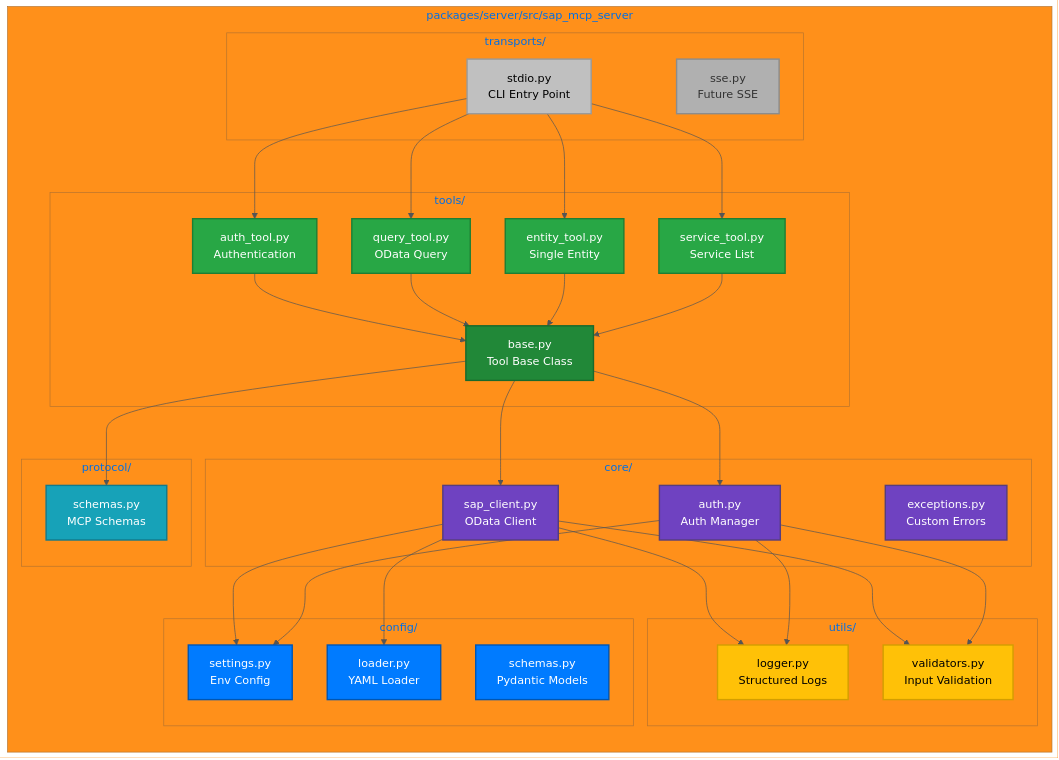
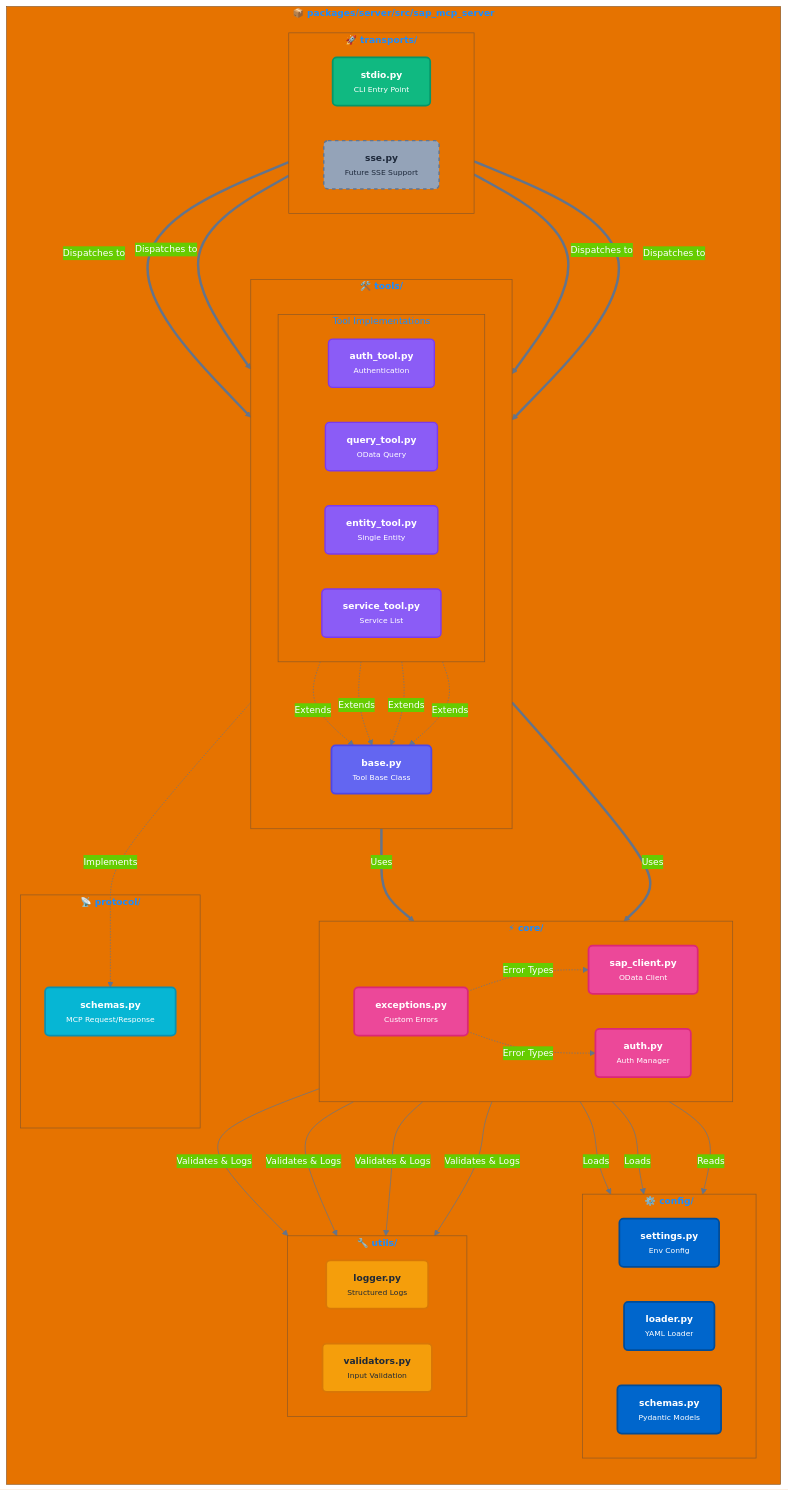
Before and after one commit to midasol/sap-mcp-server: the second of 5 diagrams in README.md, drawn with Mermaid. The commit also changed other lines of this file, not shown here.

````diff
--- a/README.md
+++ b/README.md
@@ -97,56 +103,68 @@
 ```mermaid
-%%{init: {'theme':'base', 'themeVariables': { 'primaryColor':'#007BFF','primaryTextColor':'#FFFFFF','primaryBorderColor':'#0056B3','lineColor':'#555555','secondaryColor':'#28A745'}}}%%
-graph LR
-    subgraph "packages/server/src/sap_mcp_server"
-        subgraph "transports/"
-            T1[stdio.py<br/>CLI Entry Point]:::transportNode
-            T2[sse.py<br/>Future SSE]:::futureNode
+%%{init: {'theme':'base', 'themeVariables': { 'primaryColor':'#0066CC','primaryTextColor':'#FFFFFF','primaryBorderColor':'#004C99','lineColor':'#64748B','fontSize':'13px','fontFamily':'system-ui, -apple-system, sans-serif'}}}%%
+graph TB
+    subgraph pkg["<b>📦 packages/server/src/sap_mcp_server</b>"]
+        direction TB
+
+        subgraph trans["<b>🚀 transports/</b>"]
+            direction LR
+            T1["<b>stdio.py</b><br/><small>CLI Entry Point</small>"]:::transportNode
+            T2["<b>sse.py</b><br/><small>Future SSE Support</small>"]:::futureNode
         end
 
-        subgraph "tools/"
-            TO1[auth_tool.py<br/>Authentication]:::toolNode
-            TO2[query_tool.py<br/>OData Query]:::toolNode
-            TO3[entity_tool.py<br/>Single Entity]:::toolNode
-            TO4[service_tool.py<br/>Service List]:::toolNode
-            TO5[base.py<br/>Tool Base Class]:::baseNode
+        subgraph tools["<b>🛠️ tools/</b>"]
+            direction TB
+            TO5["<b>base.py</b><br/><small>Tool Base Class</small>"]:::baseNode
+
+            subgraph toolImpl["Tool Implementations"]
+                direction LR
+                TO1["<b>auth_tool.py</b><br/><small>Authentication</small>"]:::toolNode
+                TO2["<b>query_tool.py</b><br/><small>OData Query</small>"]:::toolNode
+                TO3["<b>entity_tool.py</b><br/><small>Single Entity</small>"]:::toolNode
+                TO4["<b>service_tool.py</b><br/><small>Service List</small>"]:::toolNode
+            end
         end
 
-        subgraph "core/"
-            C1[sap_client.py<br/>OData Client]:::coreNode
-            C2[auth.py<br/>Auth Manager]:::coreNode
-            C3[exceptions.py<br/>Custom Errors]:::coreNode
+        subgraph core["<b>⚡ core/</b>"]
+            direction LR
+            C1["<b>sap_client.py</b><br/><small>OData Client</small>"]:::coreNode
+            C2["<b>auth.py</b><br/><small>Auth Manager</small>"]:::coreNode
+            C3["<b>exceptions.py</b><br/><small>Custom Errors</small>"]:::coreNode
         end
 
-        subgraph "config/"
-            CF1[settings.py<br/>Env Config]:::configNode
-            CF2[loader.py<br/>YAML Loader]:::configNode
-            CF3[schemas.py<br/>Pydantic Models]:::configNode
+        subgraph config["<b>⚙️ config/</b>"]
+            direction LR
+            CF1["<b>settings.py</b><br/><small>Env Config</small>"]:::configNode
+            CF2["<b>loader.py</b><br/><small>YAML Loader</small>"]:::configNode
+            CF3["<b>schemas.py</b><br/><small>Pydantic Models</small>"]:::configNode
         end
 
-        subgraph "utils/"
-            U1[logger.py<br/>Structured Logs]:::utilNode
-            U2[validators.py<br/>Input Validation]:::utilNode
+        subgraph utils["<b>🔧 utils/</b>"]
+            direction LR
+            U1["<b>logger.py</b><br/><small>Structured Logs</small>"]:::utilNode
+            U2["<b>validators.py</b><br/><small>Input Validation</small>"]:::utilNode
         end
 
-        subgraph "protocol/"
-            P1[schemas.py<br/>MCP Schemas]:::protocolNode
+        subgraph protocol["<b>📡 protocol/</b>"]
+            P1["<b>schemas.py</b><br/><small>MCP Request/Response</small>"]:::protocolNode
         end
     end
 
-    T1 --> TO1 & TO2 & TO3 & TO4
-    TO1 & TO2 & TO3 & TO4 --> TO5
-    TO5 --> C1 & C2
-    C1 --> CF1 & CF2
-    C2 --> CF1
-    C1 & C2 --> U1 & U2
-    TO5 --> P1
+    T1 ==>|"Dispatches to"| TO1 & TO2 & TO3 & TO4
+    TO1 & TO2 & TO3 & TO4 -.->|"Extends"| TO5
+    TO5 ==>|"Uses"| C1 & C2
+    C1 -->|"Loads"| CF1 & CF2
+    C2 -->|"Reads"| CF1
+    C1 & C2 -->|"Validates & Logs"| U1 & U2
+    TO5 -.->|"Implements"| P1
+    C3 -.->|"Error Types"| C1 & C2
 
-    classDef transportNode fill:#C0C0C0,stroke:#9A9A9A,stroke-width:2px,color:#000000
-    classDef futureNode fill:#B0B0B0,stroke:#8C8C8C,stroke-width:2px,color:#333333
-    classDef toolNode fill:#28A745,stroke:#1E7E34,stroke-width:2px,color:#FFFFFF
-    classDef baseNode fill:#218838,stroke:#19692C,stroke-width:2px,color:#FFFFFF
-    classDef coreNode fill:#6F42C1,stroke:#563D7C,stroke-width:2px,color:#FFFFFF
-    classDef configNode fill:#007BFF,stroke:#0056B3,stroke-width:2px,color:#FFFFFF
-    classDef utilNode fill:#FFC107,stroke:#D39E00,stroke-width:2px,color:#000000
-    classDef protocolNode fill:#17A2B8,stroke:#117A8B,stroke-width:2px,color:#FFFFFF
+    classDef transportNode fill:#10B981,stroke:#059669,stroke-width:2.5px,color:#FFFFFF,rx:6,ry:6
+    classDef futureNode fill:#94A3B8,stroke:#64748B,stroke-width:2px,stroke-dasharray:5 5,color:#1E293B,rx:6,ry:6
+    classDef toolNode fill:#8B5CF6,stroke:#7C3AED,stroke-width:2px,color:#FFFFFF,rx:6,ry:6
+    classDef baseNode fill:#6366F1,stroke:#4F46E5,stroke-width:2.5px,color:#FFFFFF,rx:6,ry:6
+    classDef coreNode fill:#EC4899,stroke:#DB2777,stroke-width:2.5px,color:#FFFFFF,rx:6,ry:6
+    classDef configNode fill:#0066CC,stroke:#004C99,stroke-width:2.5px,color:#FFFFFF,rx:6,ry:6
+    classDef utilNode fill:#F59E0B,stroke:#D97706,stroke-width:2.5px,color:#1F2937,rx:6,ry:6
+    classDef protocolNode fill:#06B6D4,stroke:#0891B2,stroke-width:2.5px,color:#FFFFFF,rx:6,ry:6
 ```
````
